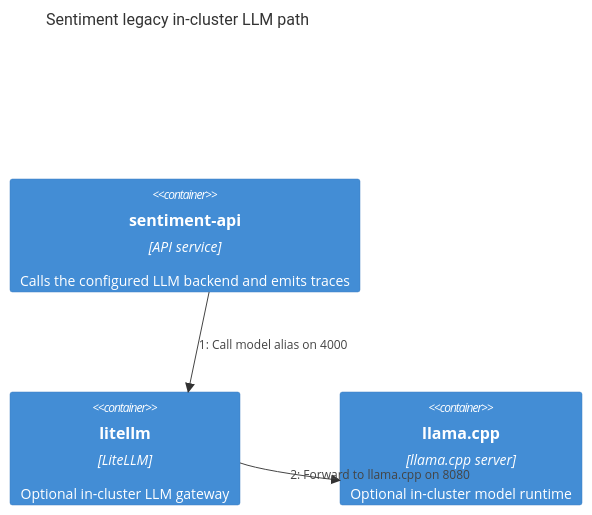
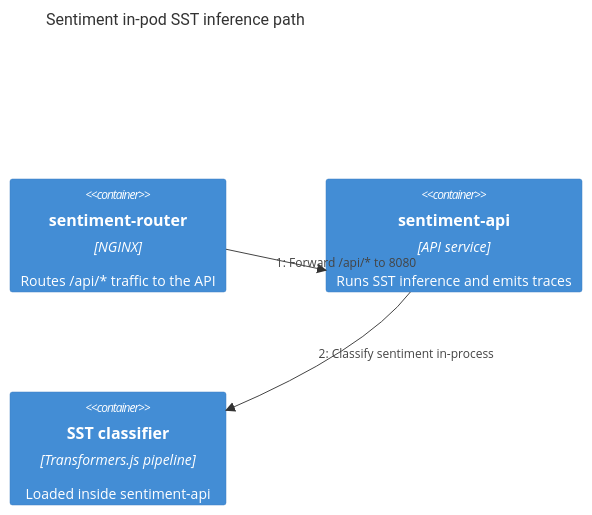
The diagram in terraform/kubernetes/docs/diagrams/apps-c4/09-dynamic-sentiment-alternative-llm-path.mmd (nickromney/platform), drawn with Mermaid before and after one commit. The commit also changed 81 other files, not shown here.

Commit message:
Remove legacy LLM paths and refresh platform versions (#25)

```diff
--- a/terraform/kubernetes/docs/diagrams/apps-c4/09-dynamic-sentiment-alternative-llm-path.mmd
+++ b/terraform/kubernetes/docs/diagrams/apps-c4/09-dynamic-sentiment-alternative-llm-path.mmd
@@ -1,11 +1,11 @@
 %%{init: {"theme": "base", "themeVariables": {"background": "#ffffff"}}}%%
 C4Dynamic
-    title Sentiment legacy in-cluster LLM path
+    title Sentiment in-pod SST inference path
 
-    Container(api, "sentiment-api", "API service", "Calls the configured LLM backend and emits traces")
-    Container(litellm, "litellm", "LiteLLM", "Optional in-cluster LLM gateway")
-    Container(llama, "llama.cpp", "llama.cpp server", "Optional in-cluster model runtime")
+    Container(router, "sentiment-router", "NGINX", "Routes /api/* traffic to the API")
+    Container(api, "sentiment-api", "API service", "Runs SST inference and emits traces")
+    Container(sst, "SST classifier", "Transformers.js pipeline", "Loaded inside sentiment-api")
 
-    RelIndex(1, api, litellm, "Call model alias on 4000")
-    RelIndex(2, litellm, llama, "Forward to llama.cpp on 8080")
+    RelIndex(1, router, api, "Forward /api/* to 8080")
+    RelIndex(2, api, sst, "Classify sentiment in-process")
     UpdateLayoutConfig($c4ShapeInRow="3", $c4BoundaryInRow="1")
```
